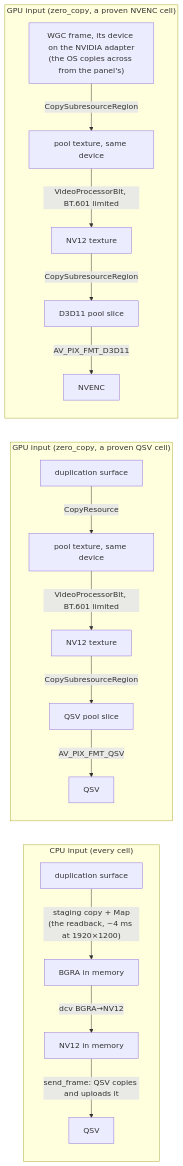
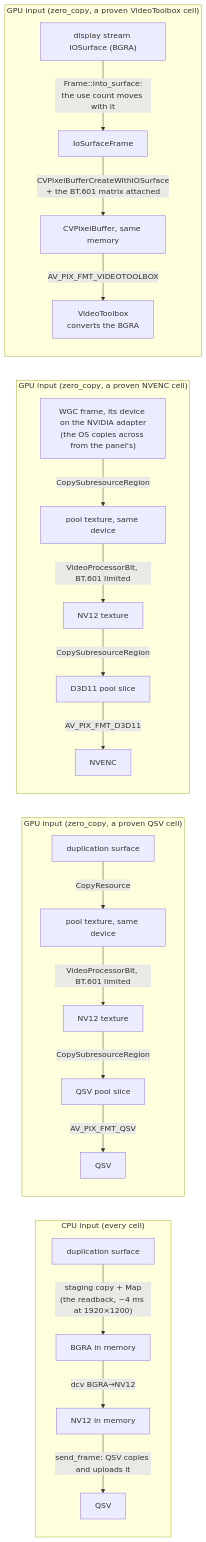
The seventh of 9 diagrams in docs/encoders.md (gjovanov/roomler-ai), drawn with Mermaid before and after one commit. The commit also changed other lines of this file and 41 other files, not shown here.

````diff
--- a/docs/encoders.md
+++ b/docs/encoders.md
@@ -543,20 +547,25 @@
 ```mermaid
 flowchart LR
   subgraph cpu["CPU input (every cell)"]
     A1[duplication surface] -->|"staging copy + Map<br/>(the readback, ~4 ms at 1920×1200)"| B1[BGRA in memory]
     B1 -->|dcv BGRA→NV12| C1[NV12 in memory]
     C1 -->|"send_frame: QSV copies and uploads it"| E1[QSV]
   end
   subgraph gpu["GPU input (zero_copy, a proven QSV cell)"]
     A2[duplication surface] -->|CopyResource| B2[pool texture, same device]
     B2 -->|"VideoProcessorBlt, BT.601 limited"| C2[NV12 texture]
     C2 -->|CopySubresourceRegion| D2[QSV pool slice]
     D2 -->|AV_PIX_FMT_QSV| E2[QSV]
   end
   subgraph wgc["GPU input (zero_copy, a proven NVENC cell)"]
     A3["WGC frame, its device on the NVIDIA adapter<br/>(the OS copies across from the panel's)"] -->|CopySubresourceRegion| B3[pool texture, same device]
     B3 -->|"VideoProcessorBlt, BT.601 limited"| C3[NV12 texture]
     C3 -->|CopySubresourceRegion| D3[D3D11 pool slice]
     D3 -->|AV_PIX_FMT_D3D11| E3[NVENC]
   end
+  subgraph vt["GPU input (zero_copy, a proven VideoToolbox cell)"]
+    A4["display stream IOSurface (BGRA)"] -->|"Frame::into_surface:<br/>the use count moves with it"| B4[IoSurfaceFrame]
+    B4 -->|"CVPixelBufferCreateWithIOSurface<br/>+ the BT.601 matrix attached"| C4[CVPixelBuffer, same memory]
+    C4 -->|AV_PIX_FMT_VIDEOTOOLBOX| E4[VideoToolbox<br/>converts the BGRA]
+  end
 ```
````
